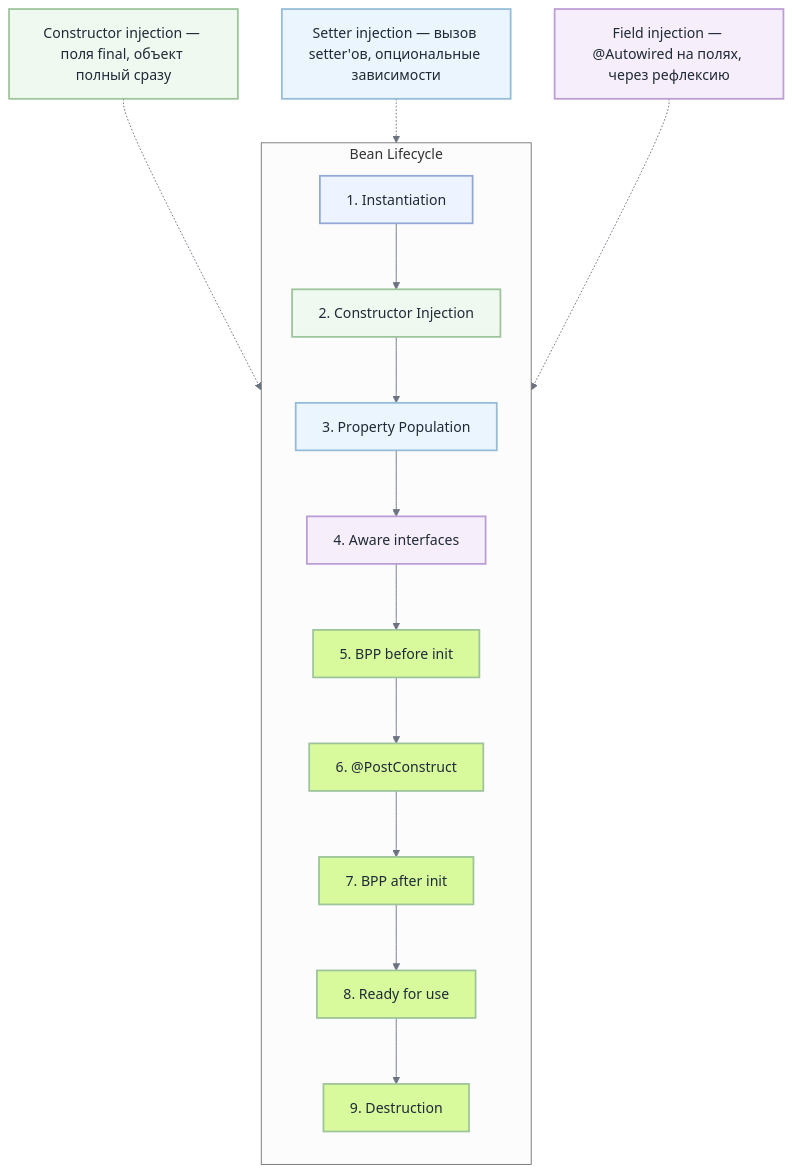
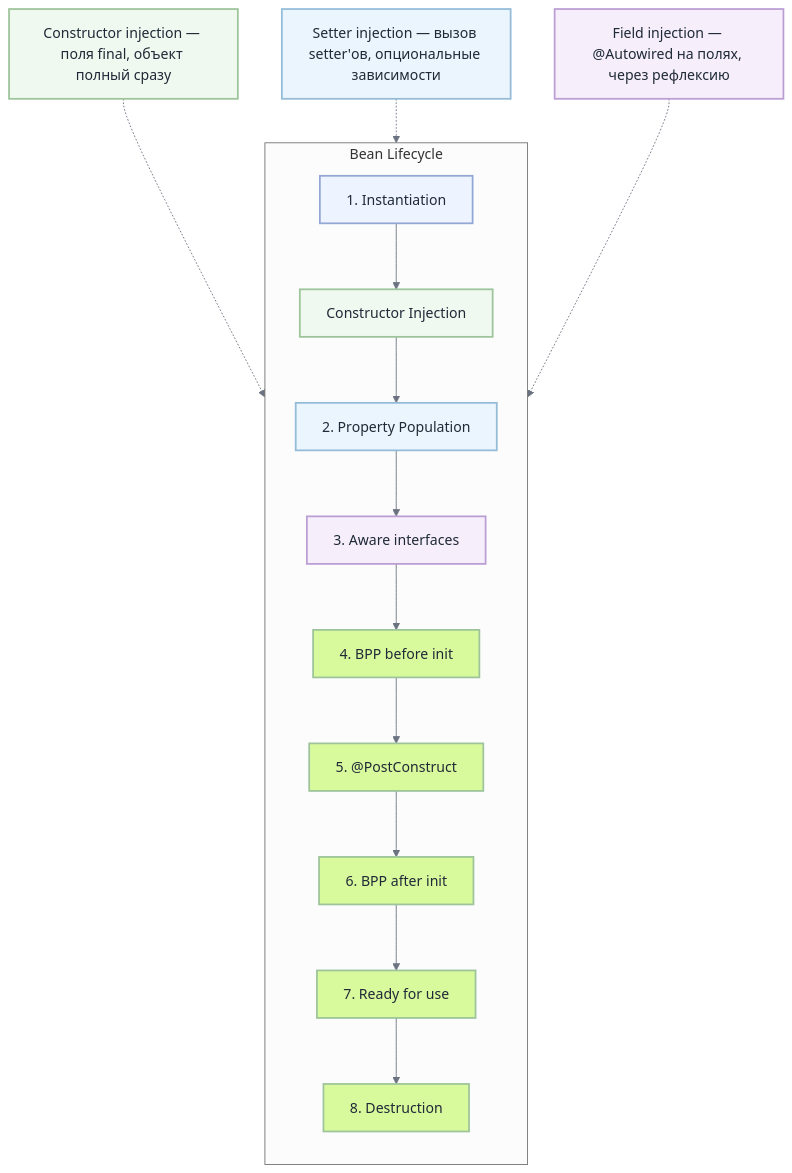
Before and after one commit to MishaSytch/middle_java_back: the second of 38 diagrams in docs/interview/spring-boot.md, drawn with Mermaid. The commit also changed other lines of this file and 2 other files, not shown here.

````diff
--- a/docs/interview/spring-boot.md
+++ b/docs/interview/spring-boot.md
@@ -67,38 +67,38 @@
 ```mermaid
 %%{init: { 'theme': 'neutral', 'themeVariables': { 'primaryColor': '#ffffff', 'primaryTextColor': '#1f2937', 'lineColor': '#6b7280', 'primaryBorderColor': '#d1d5db', 'secondaryColor': '#f3f4f6', 'tertiaryColor': '#e5e7eb' } } }%%
 flowchart TD
     subgraph lifecycle [Bean Lifecycle]
         direction TB
-        A[1. Instantiation] --> B[2. Constructor Injection]
-        B --> C[3. Property Population]
-        C --> D[4. Aware interfaces]
-        D --> E[5. BPP before init]
-        E --> F["6. @PostConstruct"]
-        F --> G[7. BPP after init]
-        G --> H[8. Ready for use]
-        H --> I[9. Destruction]
+        A[1. Instantiation] --> B[Constructor Injection]
+        B --> C[2. Property Population]
+        C --> D[3. Aware interfaces]
+        D --> E[4. BPP before init]
+        E --> F["5. @PostConstruct"]
+        F --> G[6. BPP after init]
+        G --> H[7. Ready for use]
+        H --> I[8. Destruction]
     end
     J[Constructor injection — поля final, объект полный сразу]
     K[Setter injection — вызов setter'ов, опциональные зависимости]
     L["Field injection — @Autowired на полях, через рефлексию"]
     J -.-> B
     K -.-> C
     L -.-> C
     classDef n0 fill:#eef4ff,stroke:#93a8d4,stroke-width:2px,color:#1f2937
     classDef n1 fill:#f0f9ef,stroke:#9dc49a,stroke-width:2px,color:#1f2937
     classDef n2 fill:#eaf5fd,stroke:#94bcd8,stroke-width:2px,color:#1f2937
     classDef n3 fill:#f6eefa,stroke:#bb9ed4,stroke-width:2px,color:#1f2937
     classDef n4 fill:#d9f99d,stroke:#9dc49a,stroke-width:2px,color:#1f2937
     class A n0
     class B n1
     class C n2
     class D n3
     class E n4
     class F n4
     class G n4
     class H n4
     class I n4
     class J n1
     class K n2
     class L n3
 ```
````
